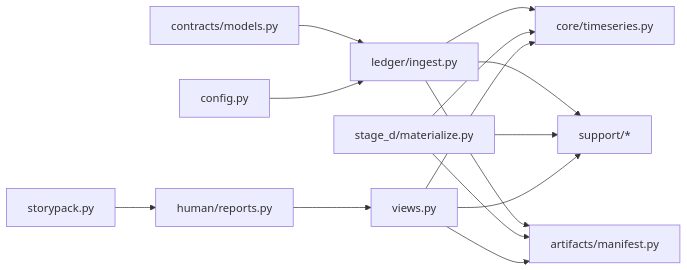
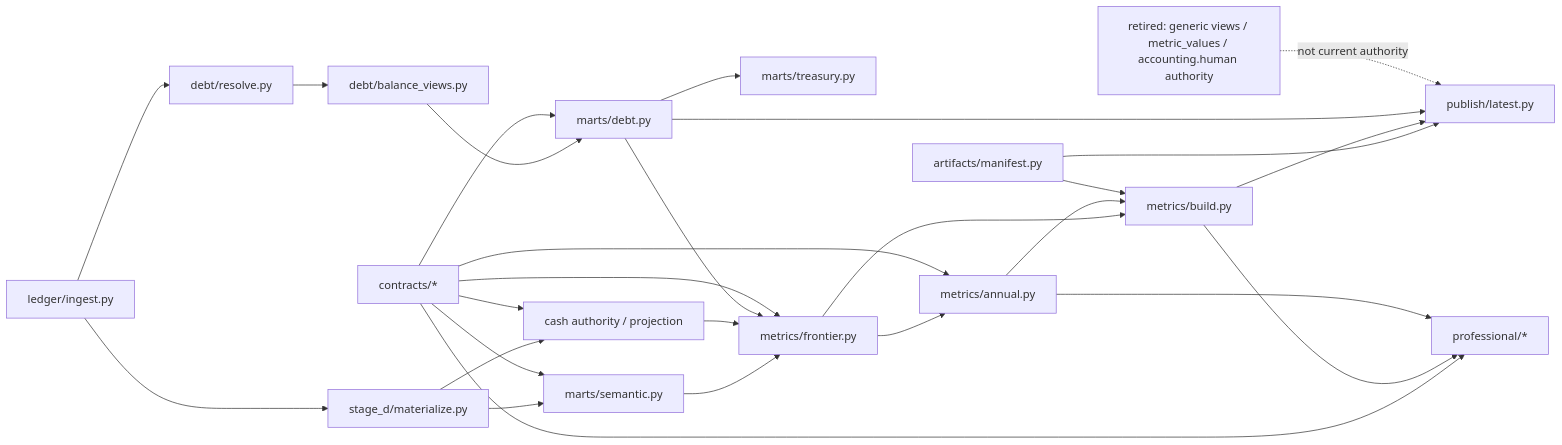
The diagram in docs/notes/diagrams/module_deps.mmd (matuteiglesias/accounting-docs), drawn with Mermaid before and after one commit. The commit also changed 8 other files, not shown here.

```diff
--- a/docs/notes/diagrams/module_deps.mmd
+++ b/docs/notes/diagrams/module_deps.mmd
@@ -1,14 +1,32 @@
 graph LR
-  ingest[ledger/ingest.py] --> manifest[artifacts/manifest.py]
-  ingest --> core[core/timeseries.py]
-  ingest --> support[support/*]
-  materialize[stage_d/materialize.py] --> core
-  materialize --> manifest
-  materialize --> support
-  reports[human/reports.py] --> views[views.py]
-  views --> core
-  views --> support
-  views --> manifest
-  storypack[storypack.py] --> reports
-  models[contracts/models.py] --> ingest
-  config[config.py] --> ingest
+  ingest[ledger/ingest.py] --> materialize[stage_d/materialize.py]
+  materialize --> semantic[marts/semantic.py]
+  materialize --> cash[cash authority / projection]
+  ingest --> debtresolve[debt/resolve.py]
+  debtresolve --> debtbalances[debt/balance_views.py]
+  debtbalances --> debtmart[marts/debt.py]
+  debtmart --> treasury[marts/treasury.py]
+
+  semantic --> frontier[metrics/frontier.py]
+  cash --> frontier
+  debtmart --> frontier
+  frontier --> annual[metrics/annual.py]
+  frontier --> metricsbuild[metrics/build.py]
+  annual --> metricsbuild
+
+  artifactmeta[artifacts/manifest.py] --> metricsbuild
+  artifactmeta --> publish[publish/latest.py]
+  metricsbuild --> publish
+  debtmart --> publish
+
+  contracts[contracts/*] --> semantic
+  contracts --> cash
+  contracts --> debtmart
+  contracts --> frontier
+  contracts --> annual
+  contracts --> professional[professional/*]
+
+  metricsbuild --> professional
+  annual --> professional
+
+  retired[retired: generic views / metric_values / accounting.human authority] -. not current authority .-> publish
```
